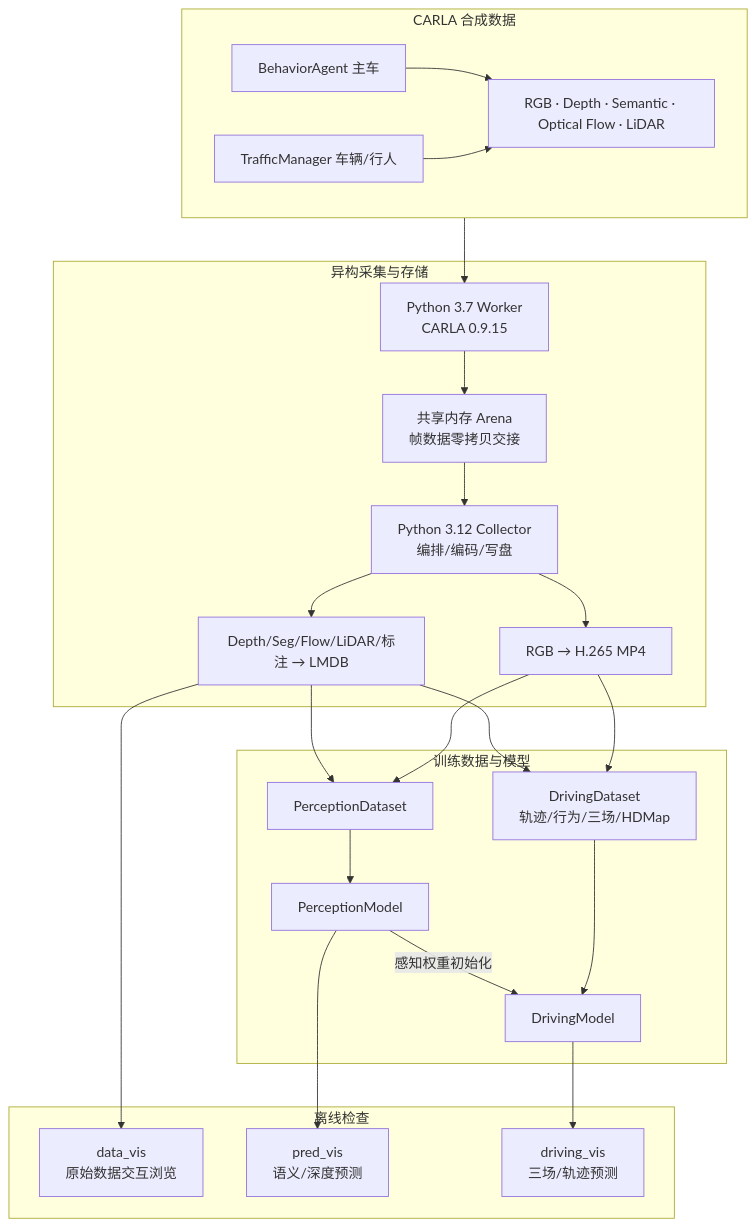
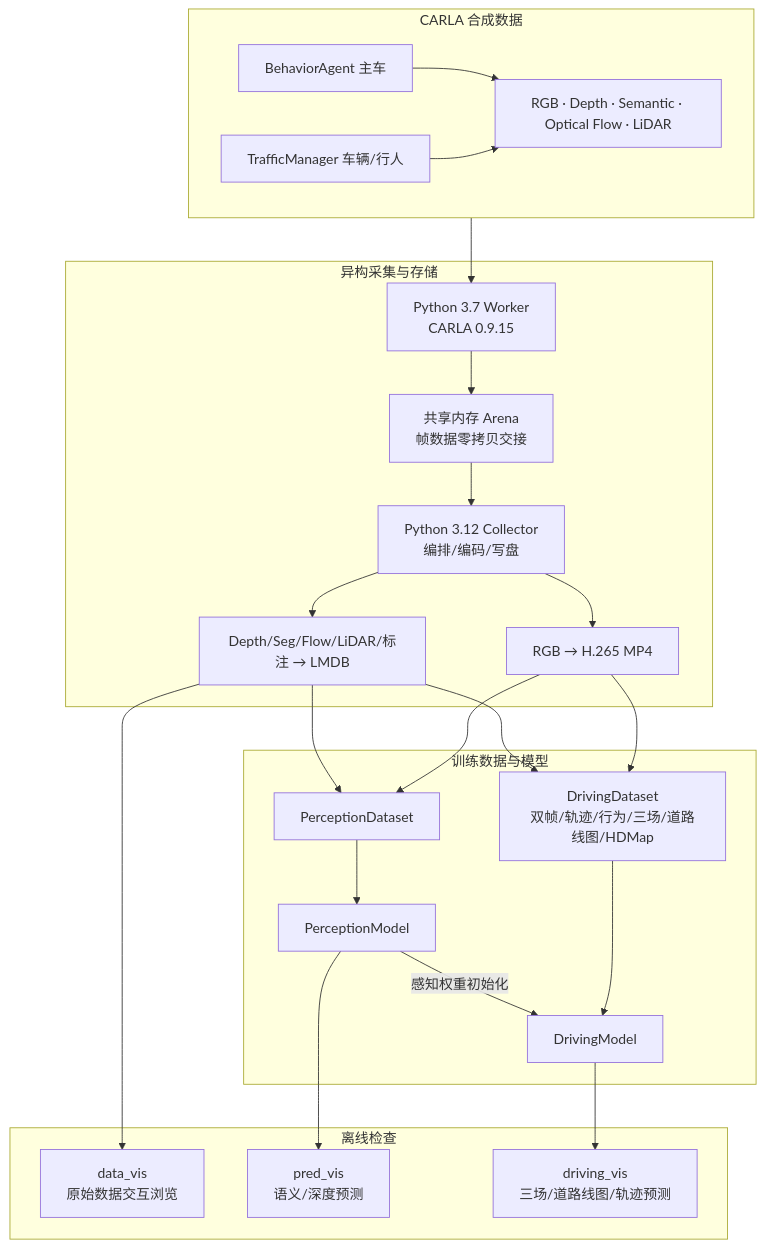
The second of 9 diagrams in README.md (ByteDriveTeam/ByteDrive-Toy), drawn with Mermaid before and after one commit. The commit also changed other lines of this file, not shown here.

````diff
--- a/README.md
+++ b/README.md
@@ -113,46 +115,46 @@
 ```mermaid
 flowchart TB
     subgraph SIM["CARLA 合成数据"]
         C1["BehaviorAgent 主车"]
         C2["TrafficManager 车辆/行人"]
         C3["RGB · Depth · Semantic · Optical Flow · LiDAR"]
         C1 --> C3
         C2 --> C3
     end
 
     subgraph STORE["异构采集与存储"]
         W["Python 3.7 Worker<br/>CARLA 0.9.15"]
         SHM["共享内存 Arena<br/>帧数据零拷贝交接"]
         COL["Python 3.12 Collector<br/>编排/编码/写盘"]
         MP4["RGB → H.265 MP4"]
         DB["Depth/Seg/Flow/LiDAR/标注 → LMDB"]
         W --> SHM --> COL
         COL --> MP4
         COL --> DB
     end
 
     subgraph LEARN["训练数据与模型"]
         DS1["PerceptionDataset"]
-        DS2["DrivingDataset<br/>轨迹/行为/三场/HDMap"]
+        DS2["DrivingDataset<br/>双帧/轨迹/行为/三场/道路线图/HDMap"]
         P["PerceptionModel"]
         D["DrivingModel"]
         DS1 --> P
         DS2 --> D
         P -->|"感知权重初始化"| D
     end
 
     subgraph VIS["离线检查"]
         V1["data_vis<br/>原始数据交互浏览"]
         V2["pred_vis<br/>语义/深度预测"]
-        V3["driving_vis<br/>三场/轨迹预测"]
+        V3["driving_vis<br/>三场/道路线图/轨迹预测"]
     end
 
     SIM --> W
     MP4 --> DS1
     DB --> DS1
     MP4 --> DS2
     DB --> DS2
     DB --> V1
     P --> V2
     D --> V3
 ```
````
